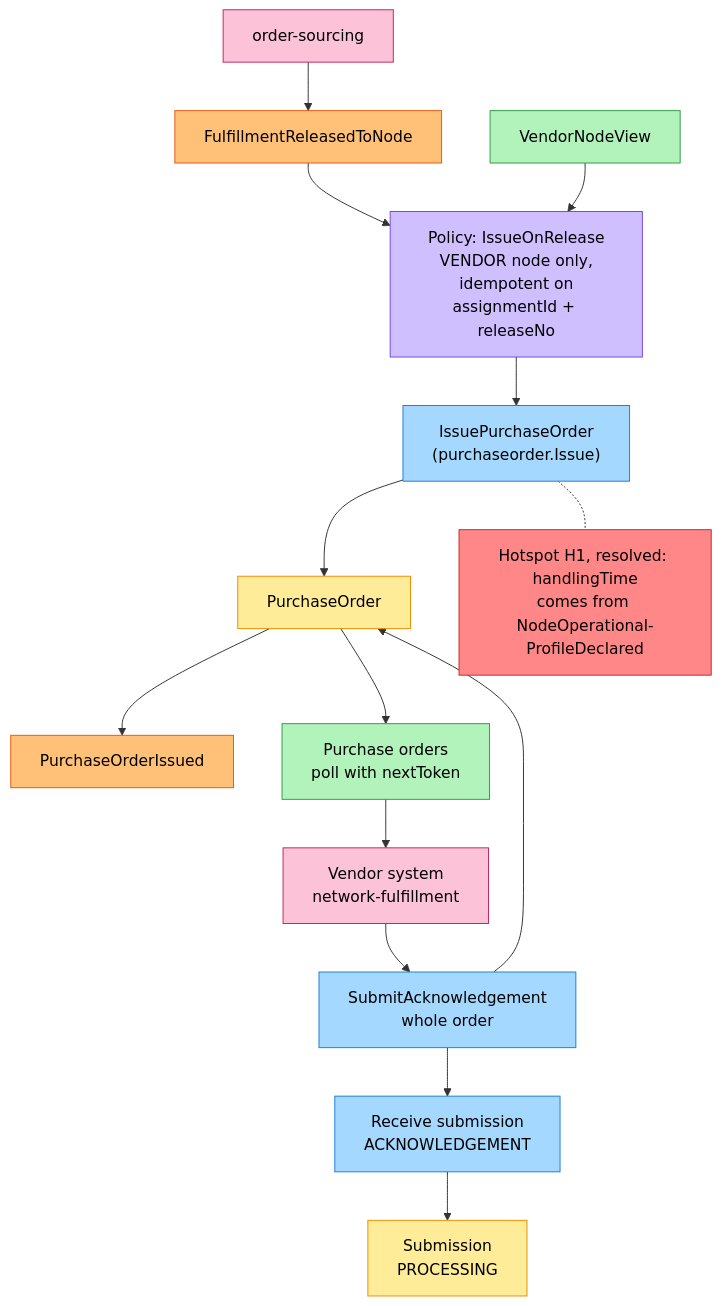
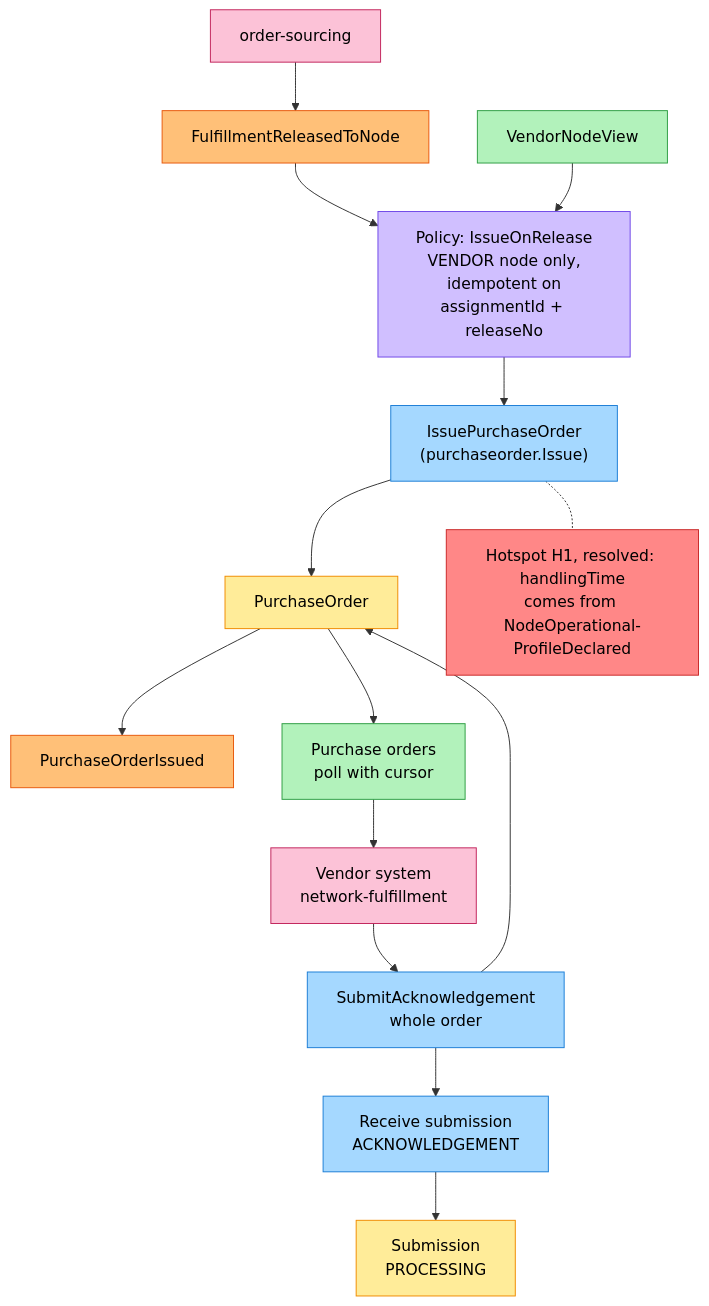
The second of 6 diagrams in docs/docs/ddd/eventstorming.md (IQVO/vendor-connectivity), drawn with Mermaid before and after one commit. The commit also changed other lines of this file and 64 other files, not shown here.

````diff
--- a/docs/docs/ddd/eventstorming.md
+++ b/docs/docs/ddd/eventstorming.md
@@ -56,31 +56,31 @@
 ```mermaid
 flowchart TB
     OS["order-sourcing"]:::external
     E0["FulfillmentReleasedToNode"]:::event
     P1["Policy: IssueOnRelease<br/>VENDOR node only,<br/>idempotent on<br/>assignmentId + releaseNo"]:::policy
     R1["VendorNodeView"]:::readmodel
     C1["IssuePurchaseOrder<br/>(purchaseorder.Issue)"]:::command
     G1["PurchaseOrder"]:::aggregate
     E1["PurchaseOrderIssued"]:::event
     H1["Hotspot H1, resolved: handlingTime<br/>comes from NodeOperational-<br/>ProfileDeclared"]:::hotspot
     V["Vendor system<br/>network-fulfillment"]:::external
-    R2["Purchase orders<br/>poll with nextToken"]:::readmodel
+    R2["Purchase orders<br/>poll with cursor"]:::readmodel
     C2["SubmitAcknowledgement<br/>whole order"]:::command
     C3["Receive submission<br/>ACKNOWLEDGEMENT"]:::command
     G2["Submission<br/>PROCESSING"]:::aggregate
     OS --> E0 --> P1
     R1 --> P1
     P1 --> C1 --> G1 --> E1
     C1 -.- H1
     G1 --> R2 --> V
     V --> C2 --> G1
     C2 --> C3 --> G2
     classDef actor fill:#fff59d,stroke:#b59f00,color:#000
     classDef command fill:#a5d8ff,stroke:#1c7ed6,color:#000
     classDef aggregate fill:#ffec99,stroke:#f08c00,color:#000
     classDef event fill:#ffc078,stroke:#e8590c,color:#000
     classDef policy fill:#d0bfff,stroke:#7048e8,color:#000
     classDef readmodel fill:#b2f2bb,stroke:#2f9e44,color:#000
     classDef external fill:#fcc2d7,stroke:#c2255c,color:#000
     classDef hotspot fill:#ff8787,stroke:#c92a2a,color:#000
 ```
````
